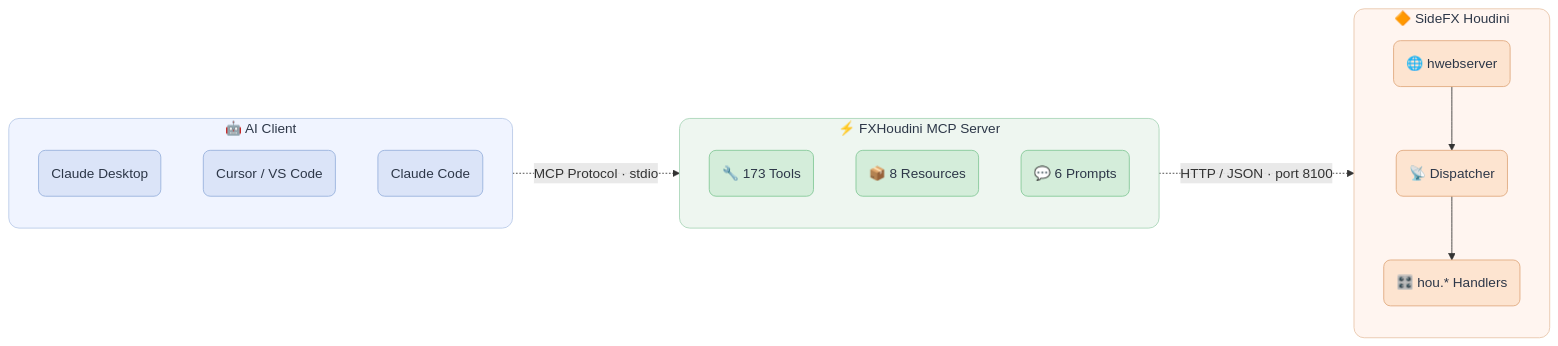
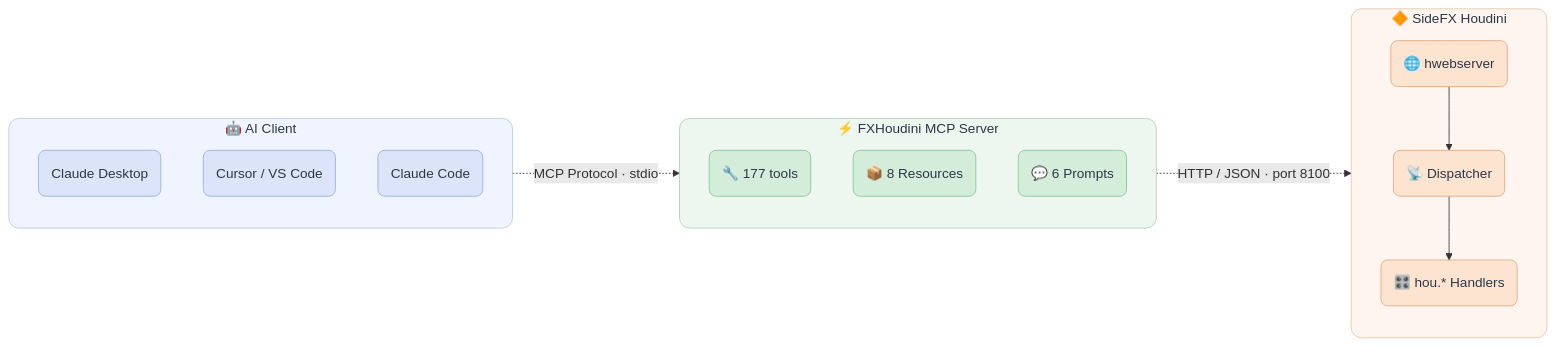
Before and after one commit to Ced04826/fxhoudinimcp: the diagram in README.md, drawn with Mermaid. The commit also changed other lines of this file and 10 other files, not shown here.

First line of the commit message:
feat: Add the senior-artist core: graph intelligence tools + discipline

````diff
--- a/README.md
+++ b/README.md
@@ -87,42 +88,42 @@
 ```mermaid
 flowchart LR
     subgraph Client[" 🤖 AI Client "]
         direction TB
         A1("Claude Desktop")
         A2("Cursor / VS Code")
         A3("Claude Code")
     end
 
     subgraph MCP[" ⚡ FXHoudini MCP Server "]
         direction TB
-        B1("🔧 173 Tools")
+        B1("🔧 177 tools")
         B2("📦 8 Resources")
         B3("💬 6 Prompts")
     end
 
     subgraph Houdini[" 🔶 SideFX Houdini "]
         direction TB
         C1("🌐 hwebserver")
         C2("📡 Dispatcher")
         C3("🎛️ hou.* Handlers")
         C1 --> C2 --> C3
     end
 
     Client -. "MCP Protocol · stdio" .-> MCP
     MCP -. "HTTP / JSON · port 8100" .-> Houdini
 
     classDef clientBox fill:#f0f4ff,stroke:#b8c9e8,stroke-width:1px,color:#2d3748,rx:12,ry:12
     classDef mcpBox fill:#eef6f0,stroke:#a8d5b8,stroke-width:1px,color:#2d3748,rx:12,ry:12
     classDef houdiniBox fill:#fff5f0,stroke:#e8c4a8,stroke-width:1px,color:#2d3748,rx:12,ry:12
 
     classDef clientNode fill:#dbe4f8,stroke:#96b0dc,stroke-width:1px,color:#2d3748,rx:8,ry:8
     classDef mcpNode fill:#d4edda,stroke:#82c896,stroke-width:1px,color:#2d3748,rx:8,ry:8
     classDef houdiniNode fill:#fde4d0,stroke:#e0a87c,stroke-width:1px,color:#2d3748,rx:8,ry:8
 
     class Client clientBox
     class MCP mcpBox
     class Houdini houdiniBox
     class A1,A2,A3 clientNode
     class B1,B2,B3 mcpNode
     class C1,C2,C3 houdiniNode
 ```
````
